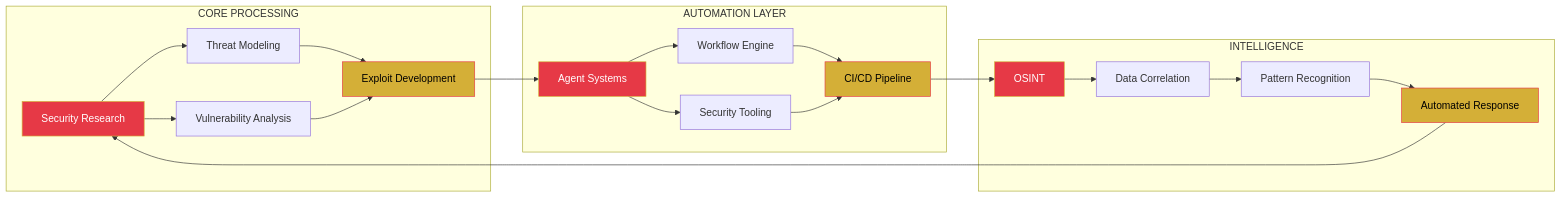
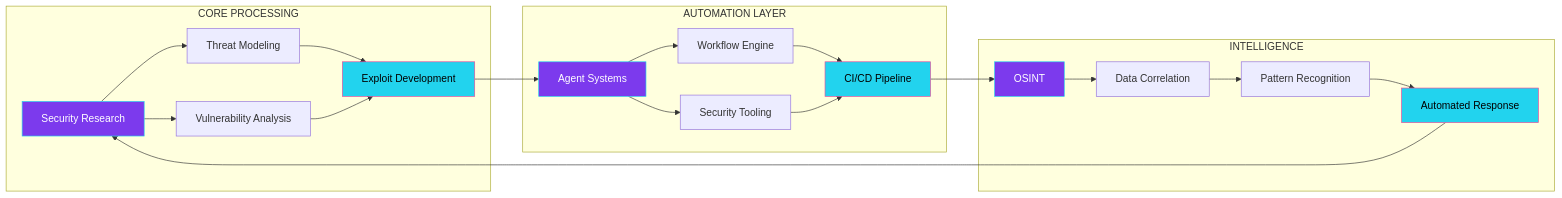
Before and after one commit to emonhmamun/emonhmamun: the second of 2 diagrams in README.md, drawn with Mermaid. The commit also changed other lines of this file and 2 other files, not shown here.

````diff
--- a/README.md
+++ b/README.md
@@ -381,33 +436,33 @@
 ```mermaid
 graph LR
     subgraph CORE["CORE PROCESSING"]
         A[Security Research] --> B[Threat Modeling]
         A --> C[Vulnerability Analysis]
         B --> D[Exploit Development]
         C --> D
     end
 
     subgraph AUTO["AUTOMATION LAYER"]
         E[Agent Systems] --> F[Workflow Engine]
         E --> G[Security Tooling]
         F --> H[CI/CD Pipeline]
         G --> H
     end
 
     subgraph INTEL["INTELLIGENCE"]
         I[OSINT] --> J[Data Correlation]
         J --> K[Pattern Recognition]
         K --> L[Automated Response]
     end
 
     D --> E
     H --> I
     L --> A
 
-    style A fill:#E63946,stroke:#D4AF37,color:#fff
-    style E fill:#E63946,stroke:#D4AF37,color:#fff
-    style I fill:#E63946,stroke:#D4AF37,color:#fff
-    style D fill:#D4AF37,stroke:#E63946,color:#000
-    style H fill:#D4AF37,stroke:#E63946,color:#000
-    style L fill:#D4AF37,stroke:#E63946,color:#000
+    style A fill:#7C3AED,stroke:#22D3EE,color:#fff
+    style E fill:#7C3AED,stroke:#22D3EE,color:#fff
+    style I fill:#7C3AED,stroke:#22D3EE,color:#fff
+    style D fill:#22D3EE,stroke:#EC4899,color:#000
+    style H fill:#22D3EE,stroke:#EC4899,color:#000
+    style L fill:#22D3EE,stroke:#EC4899,color:#000
 ```
````
